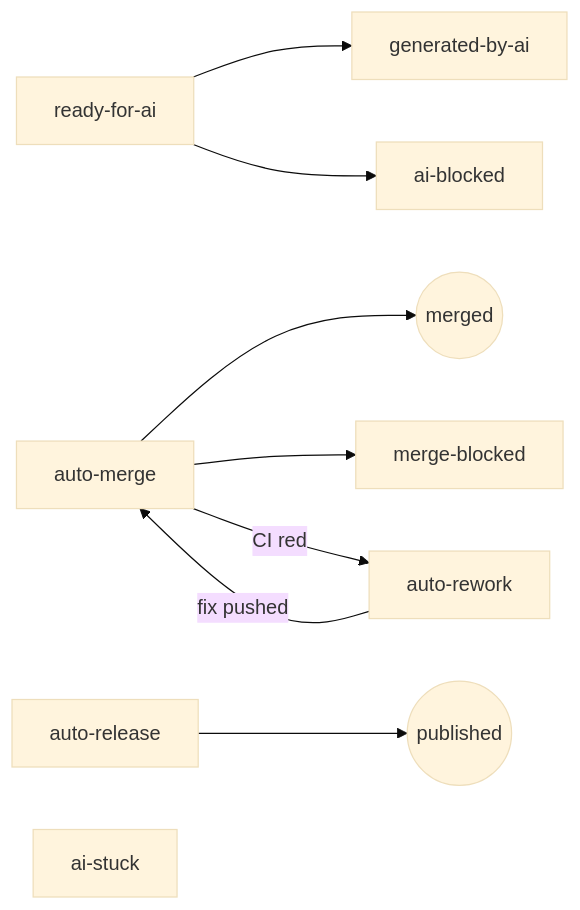
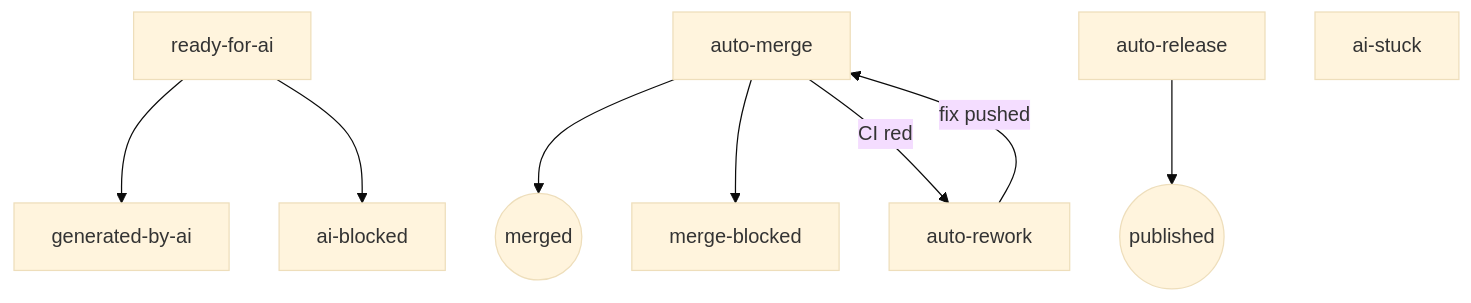
The third of 5 diagrams in docs/agent-orchestration/04-architecture.md (hifi-phil/umbraco-mcp-ops), drawn with Mermaid (base theme) before and after one commit. The commit also changed other lines of this file, not shown here.

Commit message:
docs(agent-orchestration): diagrams top-down with more spacing, so they aren't squashed

````diff
--- a/docs/agent-orchestration/04-architecture.md
+++ b/docs/agent-orchestration/04-architecture.md
@@ -66,11 +67,12 @@
 ```mermaid
-flowchart LR
+%%{init: {"flowchart": {"nodeSpacing": 40, "rankSpacing": 60}}}%%
+flowchart TD
     A[ready-for-ai] --> B[generated-by-ai]
     A --> C[ai-blocked]
     M[auto-merge] --> MD((merged))
     M --> MB[merge-blocked]
     M -- "CI red" --> RW[auto-rework]
     RW -- "fix pushed" --> M
     REL[auto-release] --> P((published))
     S[ai-stuck]
 ```
````
